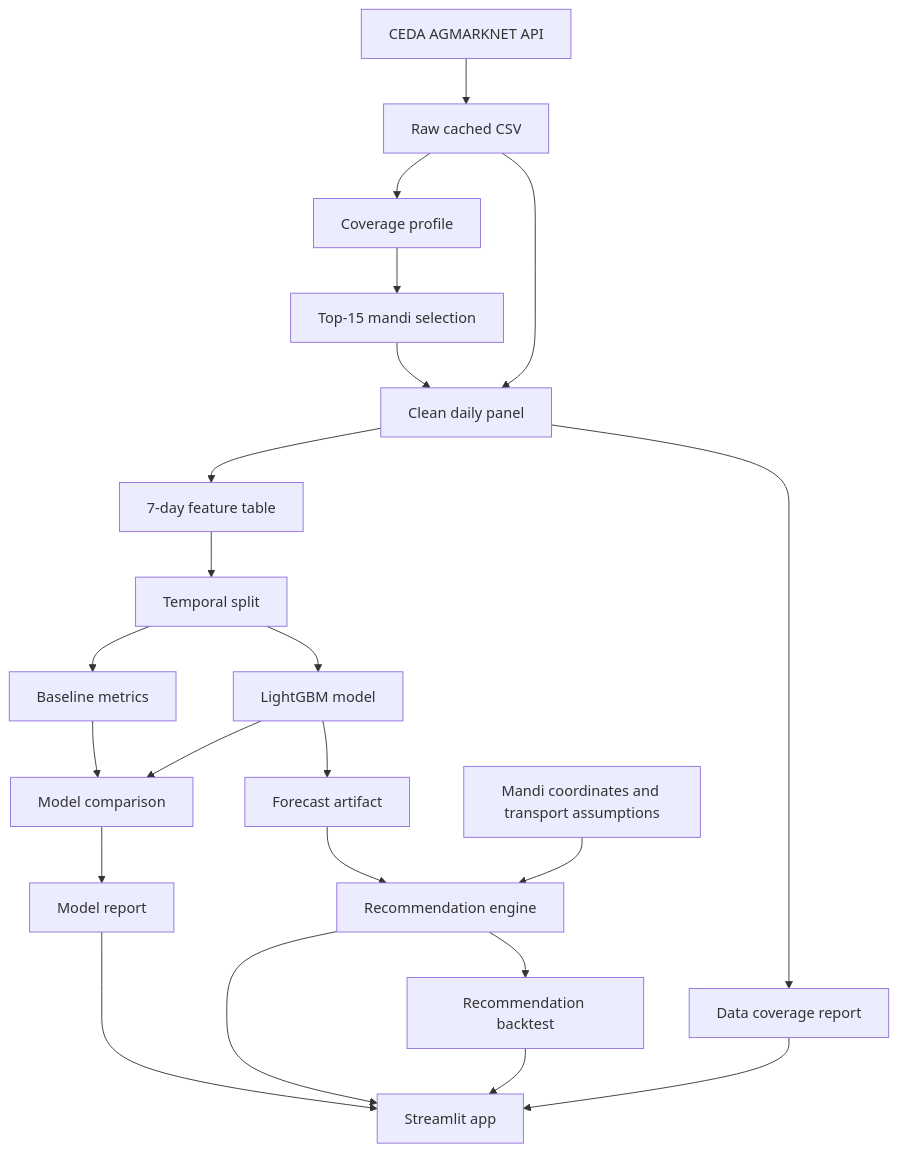
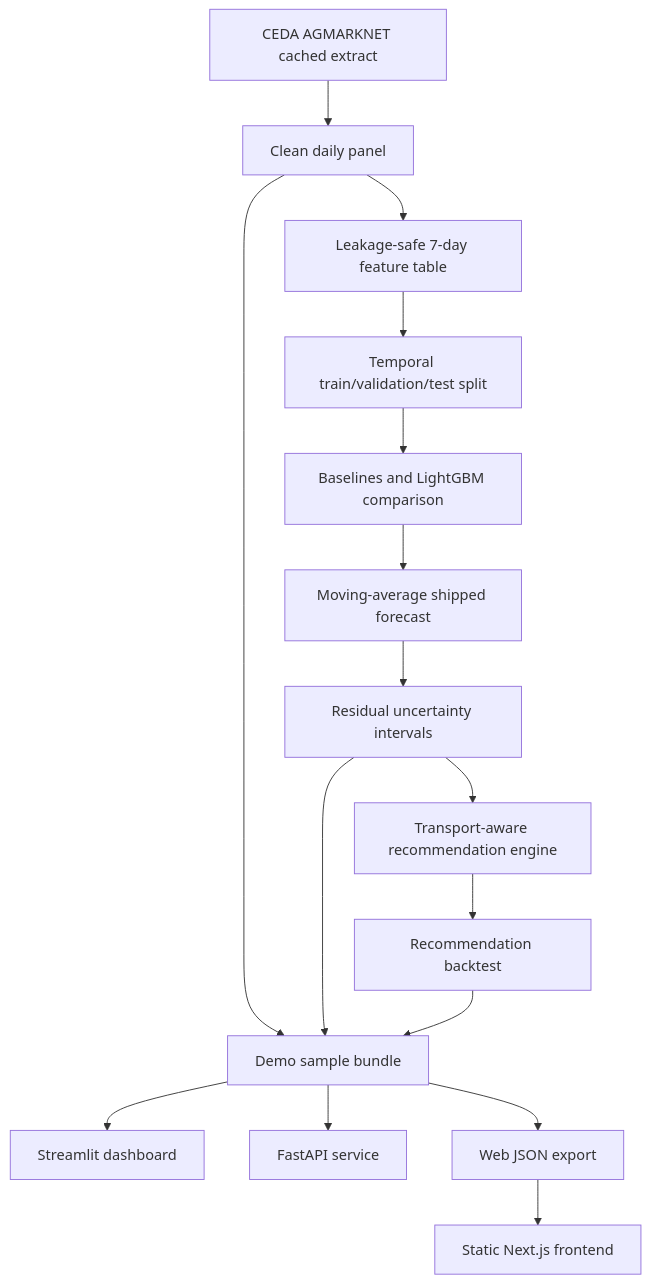
The diagram in docs/ARCHITECTURE.md (kaustubh-dot/MandiPulse), drawn with Mermaid before and after one commit. The commit also changed other lines of this file and 20 other files, not shown here.

````diff
--- a/docs/ARCHITECTURE.md
+++ b/docs/ARCHITECTURE.md
@@ -26,24 +19,18 @@
 ```mermaid
 flowchart TD
-    A["CEDA AGMARKNET API"] --> B["Raw cached CSV"]
-    B --> C["Coverage profile"]
-    C --> D["Top-15 mandi selection"]
-    B --> E["Clean daily panel"]
-    D --> E
-    E --> F["7-day feature table"]
-    F --> G["Temporal split"]
-    G --> H["Baseline metrics"]
-    G --> I["LightGBM model"]
-    H --> J["Model comparison"]
+    A["CEDA AGMARKNET cached extract"] --> B["Clean daily panel"]
+    B --> C["Leakage-safe 7-day feature table"]
+    C --> D["Temporal train/validation/test split"]
+    D --> E["Baselines and LightGBM comparison"]
+    E --> F["Moving-average shipped forecast"]
+    F --> G["Residual uncertainty intervals"]
+    G --> H["Transport-aware recommendation engine"]
+    H --> I["Recommendation backtest"]
+    B --> J["Demo sample bundle"]
+    G --> J
     I --> J
-    I --> K["Forecast artifact"]
-    K --> L["Recommendation engine"]
-    M["Mandi coordinates and transport assumptions"] --> L
-    E --> N["Data coverage report"]
-    J --> O["Model report"]
-    L --> P["Streamlit app"]
-    L --> Q["Recommendation backtest"]
-    Q --> P
-    N --> P
-    O --> P
+    J --> K["Streamlit dashboard"]
+    J --> L["FastAPI service"]
+    J --> M["Web JSON export"]
+    M --> N["Static Next.js frontend"]
 ```
````
